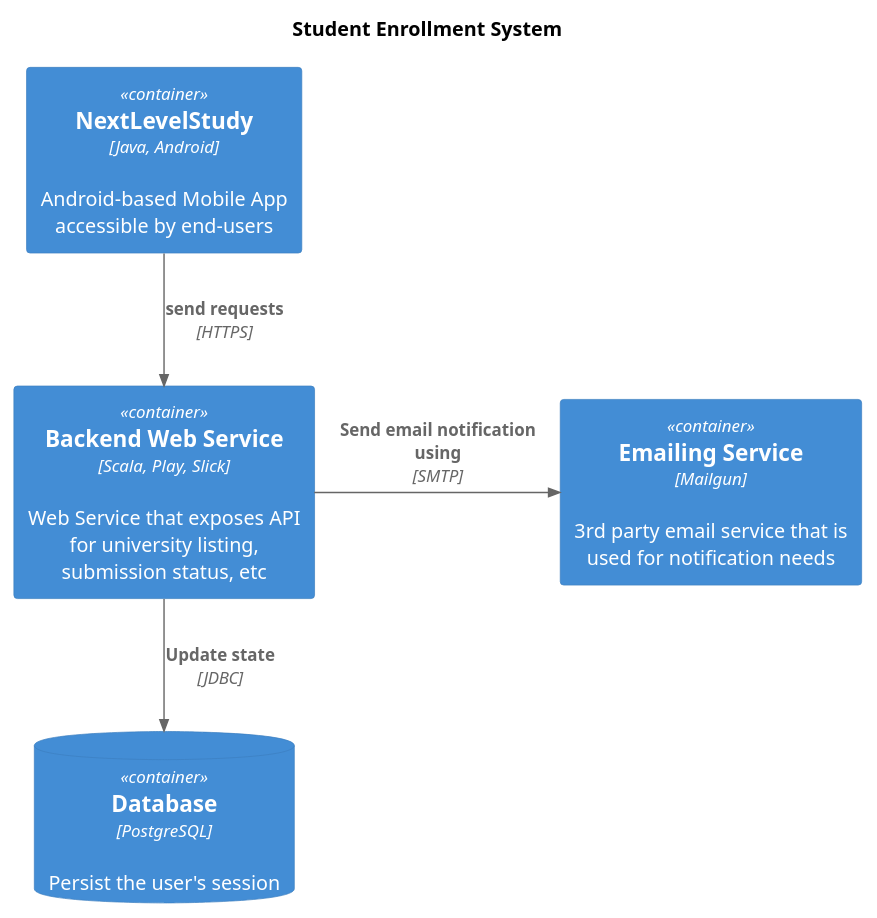
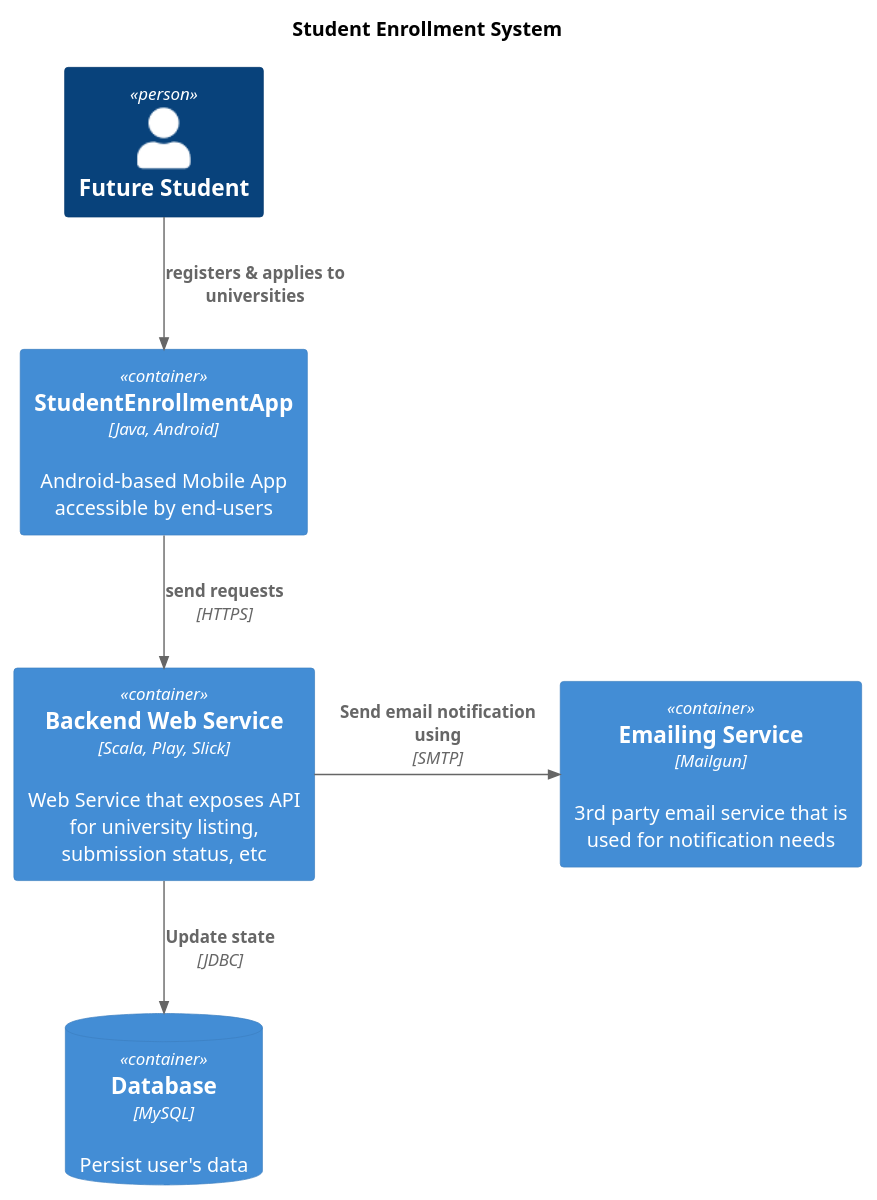
Before and after one commit to mihai-dev-ro/StudentEnrollmentApp: the diagram in Architecture/diagrams/src/studentEnrollmentContainer.puml, drawn with PlantUML. The commit also changed 55 other files, not shown here.

```diff
--- a/Architecture/diagrams/src/studentEnrollmentContainer.puml
+++ b/Architecture/diagrams/src/studentEnrollmentContainer.puml
@@ -1,14 +1,18 @@
 @startuml
 !includeurl https://raw.githubusercontent.com/RicardoNiepel/C4-PlantUML/master/C4_Container.puml
 
 title Student Enrollment System
 
-Container(mobile_app, "NextLevelStudy", "Java, Android", "Android-based Mobile App accessible by end-users")
+Person(future_student, "Future Student")
+
+
+Container(mobile_app, "StudentEnrollmentApp", "Java, Android", "Android-based Mobile App accessible by end-users")
 Container(backend_service, "Backend Web Service", "Scala, Play, Slick", "Web Service that exposes API for university listing, submission status, etc")
-ContainerDb(database, "Database", "PostgreSQL", "Persist the user's session")
+ContainerDb(database, "Database", "MySQL", "Persist user's data")
 Container(email_service, "Emailing Service", "Mailgun", "3rd party email service that is used for notification needs")
 
+Rel(future_student, mobile_app, "registers & applies to universities")
 Rel(mobile_app, backend_service, "send requests", "HTTPS")
 Rel(backend_service, database, "Update state", "JDBC")
 Rel_Right(backend_service, email_service, "Send email notification using", "SMTP")
 @enduml
```
